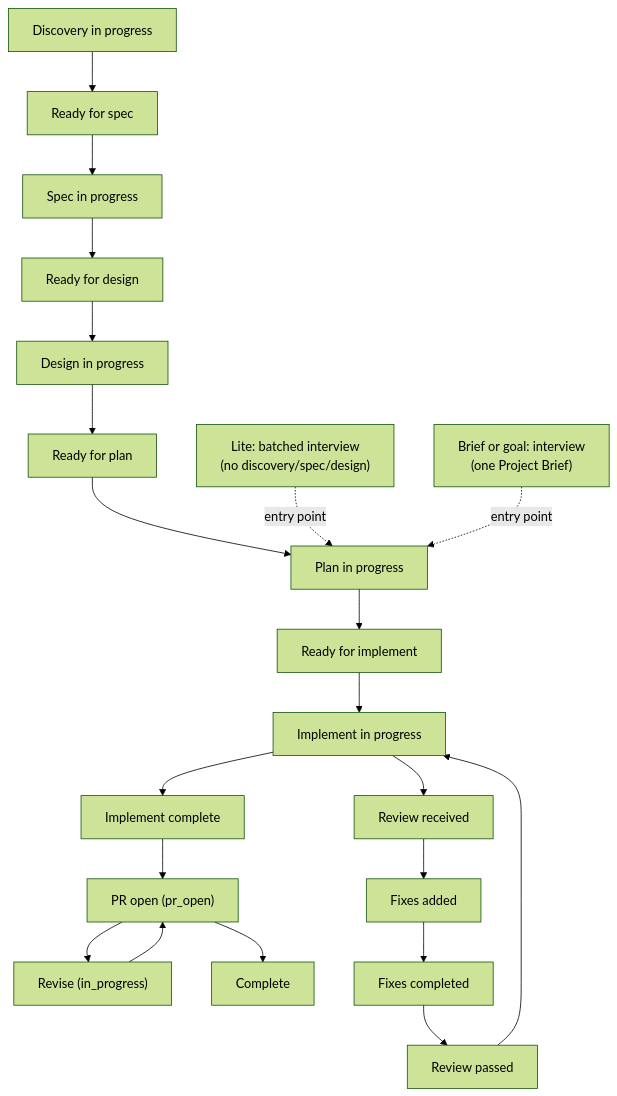
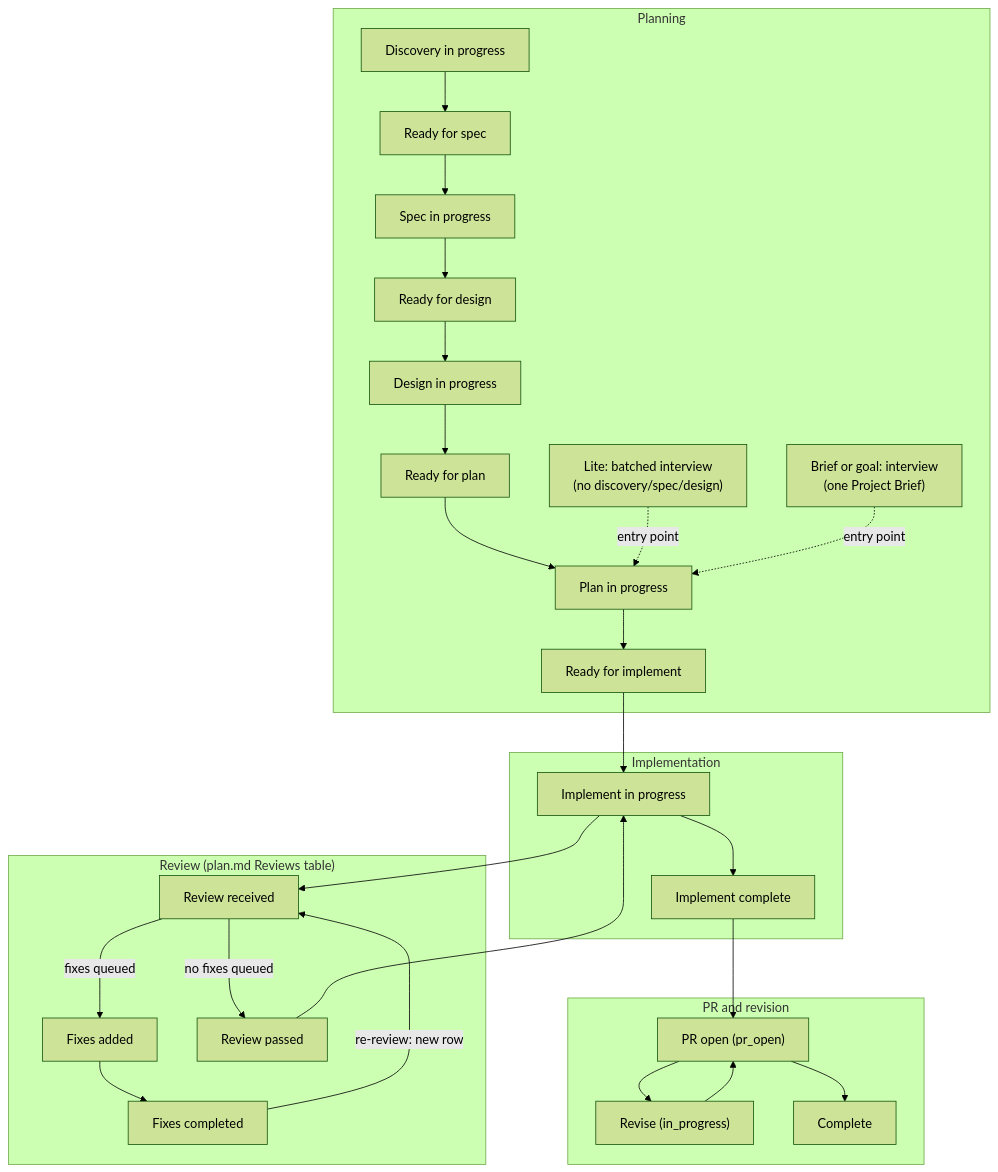
The diagram in apps/oat-docs/docs/reference/project-state-machine.md (voxmedia/open-agent-toolkit), drawn with Mermaid (forest theme) before and after one commit. The commit also changed other lines of this file and 69 other files, not shown here.

First line of the commit message:
docs: add and rework diagrams across the docs, with a light-only README image (#410)

````diff
--- a/apps/oat-docs/docs/reference/project-state-machine.md
+++ b/apps/oat-docs/docs/reference/project-state-machine.md
@@ -25,21 +29,31 @@
     ```mermaid
     flowchart TD
-      D["Discovery in progress"] --> RS["Ready for spec"]
-      RS --> S["Spec in progress"] --> RD["Ready for design"]
-      RD --> G["Design in progress"] --> RP["Ready for plan"]
-      RP --> P["Plan in progress"] --> RI["Ready for implement"]
-      RI --> I["Implement in progress"] --> IC["Implement complete"]
-      IC --> PRO["PR open (pr_open)"]
-      PRO --> REV["Revise (in_progress)"]
-      REV --> PRO
-      PRO --> C["Complete"]
-
-      I --> RV["Review received"]
-      RV --> FA["Fixes added"]
-      FA --> FC["Fixes completed"]
-      FC --> PASSED["Review passed"]
+      accTitle: Project state machine by phase
+      accDescr: Planning runs from discovery to ready for implement, with lite and brief or goal entering at plan in progress. Implementation leads to implement complete. A review loop, in which a re-review adds a new row, returns to implementation. PR open loops through revise and ends at complete.
+      subgraph PLANNING["Planning"]
+        D["Discovery in progress"] --> RS["Ready for spec"]
+        RS --> S["Spec in progress"] --> RD["Ready for design"]
+        RD --> G["Design in progress"] --> RP["Ready for plan"]
+        RP --> P["Plan in progress"] --> RI["Ready for implement"]
+        LITE["Lite: batched interview\n(no discovery/spec/design)"] -. entry point .-> P
+        BRIEF["Brief or goal: interview\n(one Project Brief)"] -. entry point .-> P
+      end
+      subgraph IMPLEMENTATION["Implementation"]
+        I["Implement in progress"] --> IC["Implement complete"]
+      end
+      subgraph REVIEW["Review (plan.md Reviews table)"]
+        RV["Review received"] -->|fixes queued| FA["Fixes added"]
+        RV -->|no fixes queued| PASSED["Review passed"]
+        FA --> FC["Fixes completed"]
+        FC -->|"re-review: new row"| RV
+      end
+      subgraph PRREV["PR and revision"]
+        PRO["PR open (pr_open)"] --> REV["Revise (in_progress)"]
+        REV --> PRO
+        PRO --> C["Complete"]
+      end
+      RI --> I
+      I --> RV
       PASSED --> I
-
-      LITE["Lite: batched interview\n(no discovery/spec/design)"] -. entry point .-> P
-      BRIEF["Brief or goal: interview\n(one Project Brief)"] -. entry point .-> P
+      IC --> PRO
     ```
````
